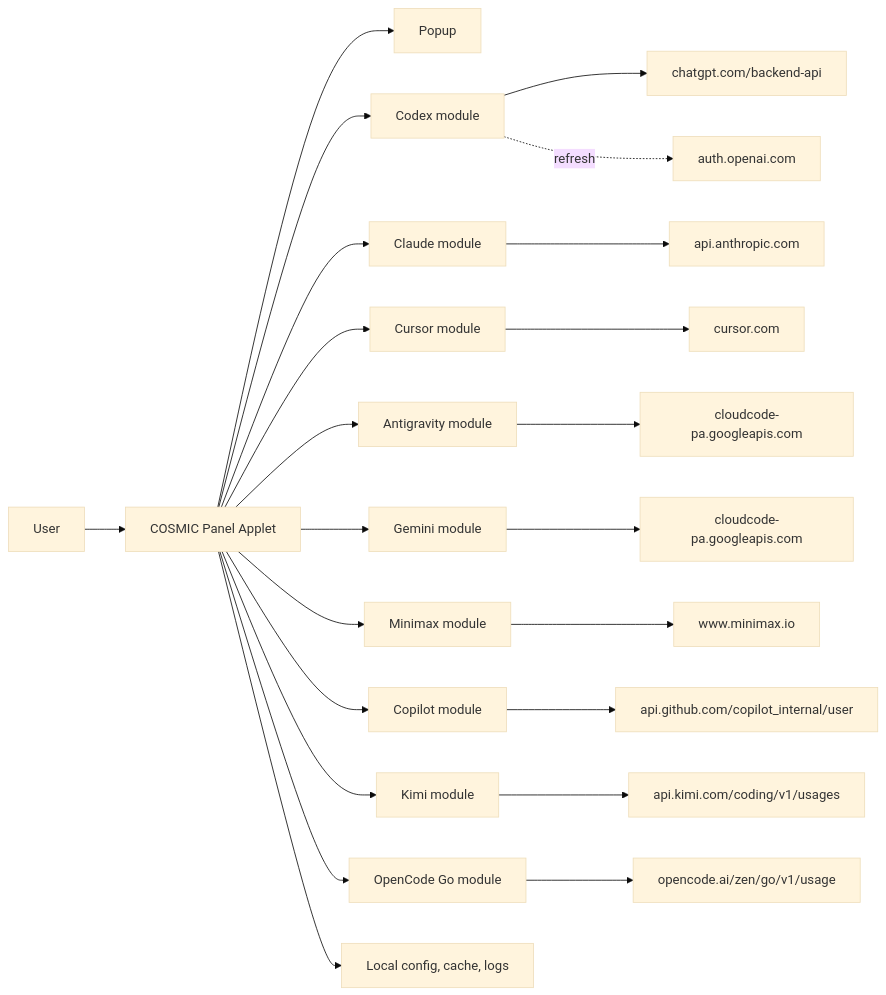
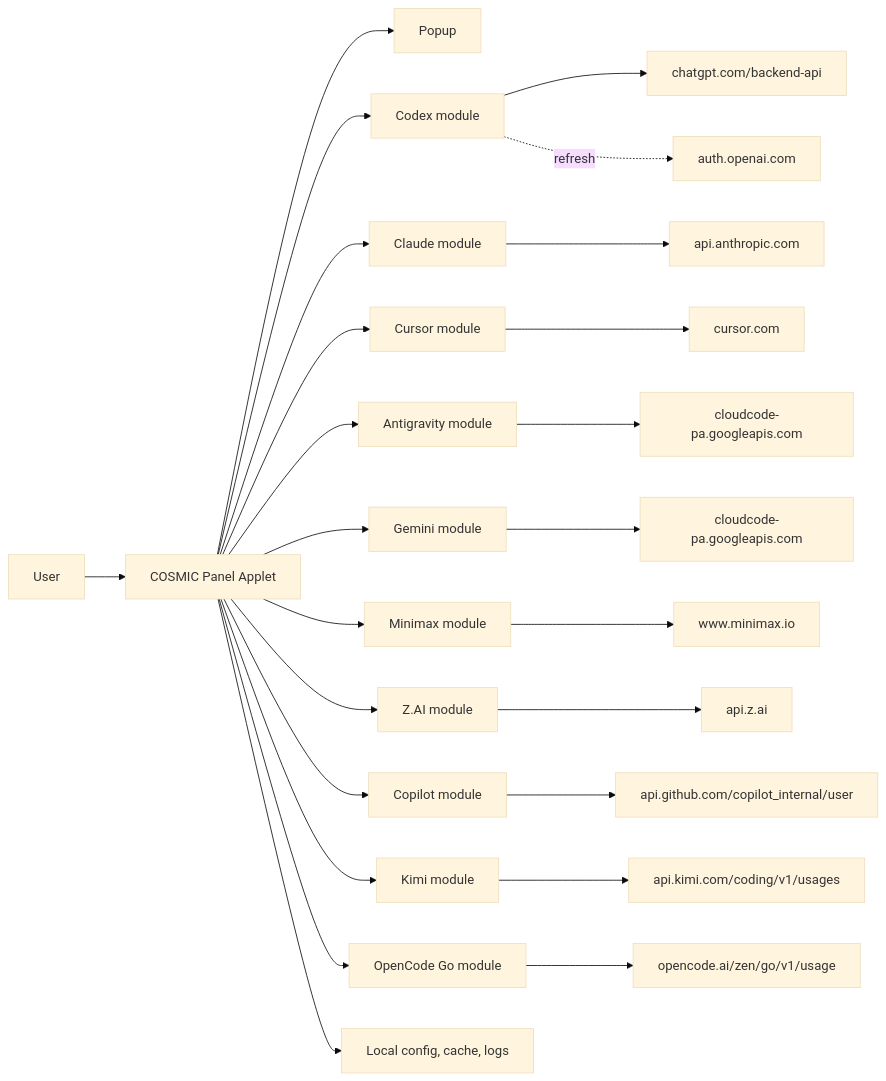
The first of 2 diagrams in docs/spec.md (Phototonic/yapcap), drawn with Mermaid (base theme) before and after one commit. The commit also changed other lines of this file and 47 other files, not shown here.

````diff
--- a/docs/spec.md
+++ b/docs/spec.md
@@ -78,25 +79,27 @@
 ```mermaid
 flowchart LR
     User[User] --> Panel[COSMIC Panel Applet]
     Panel --> Popup[Popup]
     Panel --> Codex[Codex module]
     Panel --> Claude[Claude module]
     Panel --> Cursor[Cursor module]
     Panel --> Antigravity[Antigravity module]
     Panel --> Gemini[Gemini module]
     Panel --> Minimax[Minimax module]
+    Panel --> Zai[Z.AI module]
     Panel --> Copilot[Copilot module]
     Panel --> Kimi[Kimi module]
     Panel --> OpenCodeGo[OpenCode Go module]
     Codex --> OpenAI[chatgpt.com/backend-api]
     Codex -.refresh.-> OpenAIAuth[auth.openai.com]
     Claude --> Anthropic[api.anthropic.com]
     Cursor --> CursorAPI[cursor.com]
     Antigravity --> AntigravityAPI[cloudcode-pa.googleapis.com]
     Gemini --> GeminiAPI[cloudcode-pa.googleapis.com]
     Minimax --> MinimaxAPI[www.minimax.io]
+    Zai --> ZaiAPI[api.z.ai]
     Copilot --> GitHubCopilot[api.github.com/copilot_internal/user]
     Kimi --> KimiAPI[api.kimi.com/coding/v1/usages]
     OpenCodeGo --> OpenCodeGoAPI[opencode.ai/zen/go/v1/usage]
     Panel --> Local[Local config, cache, logs]
 ```
````
